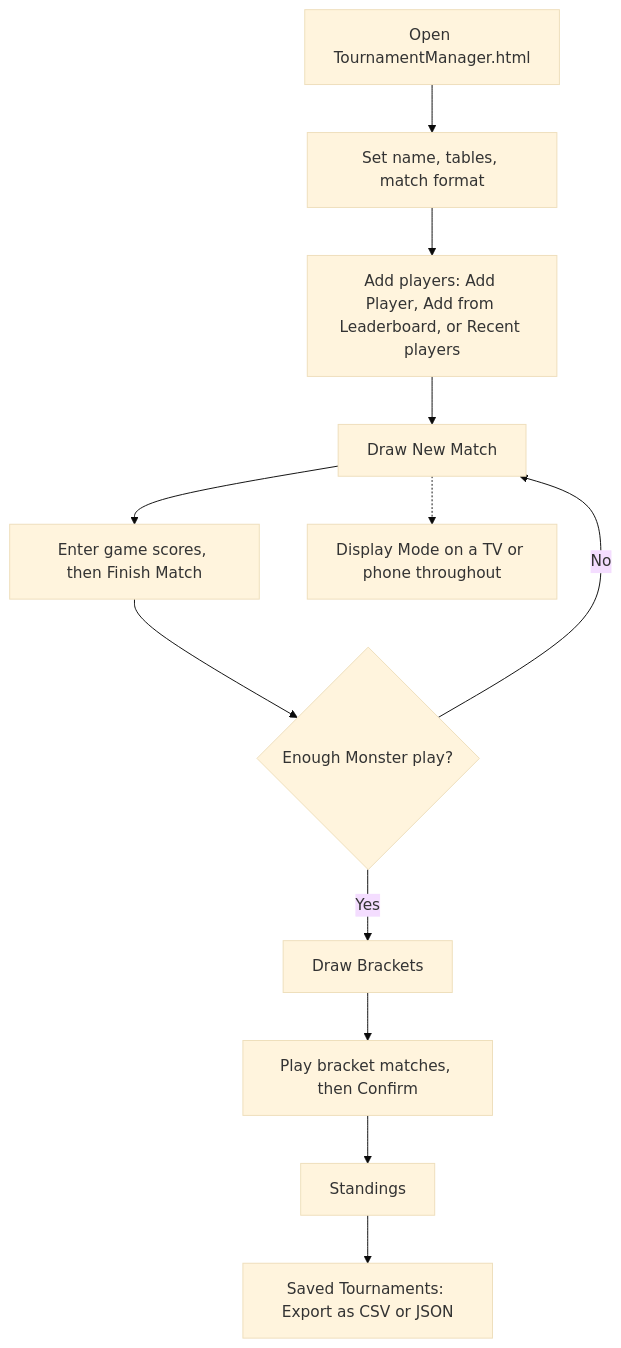
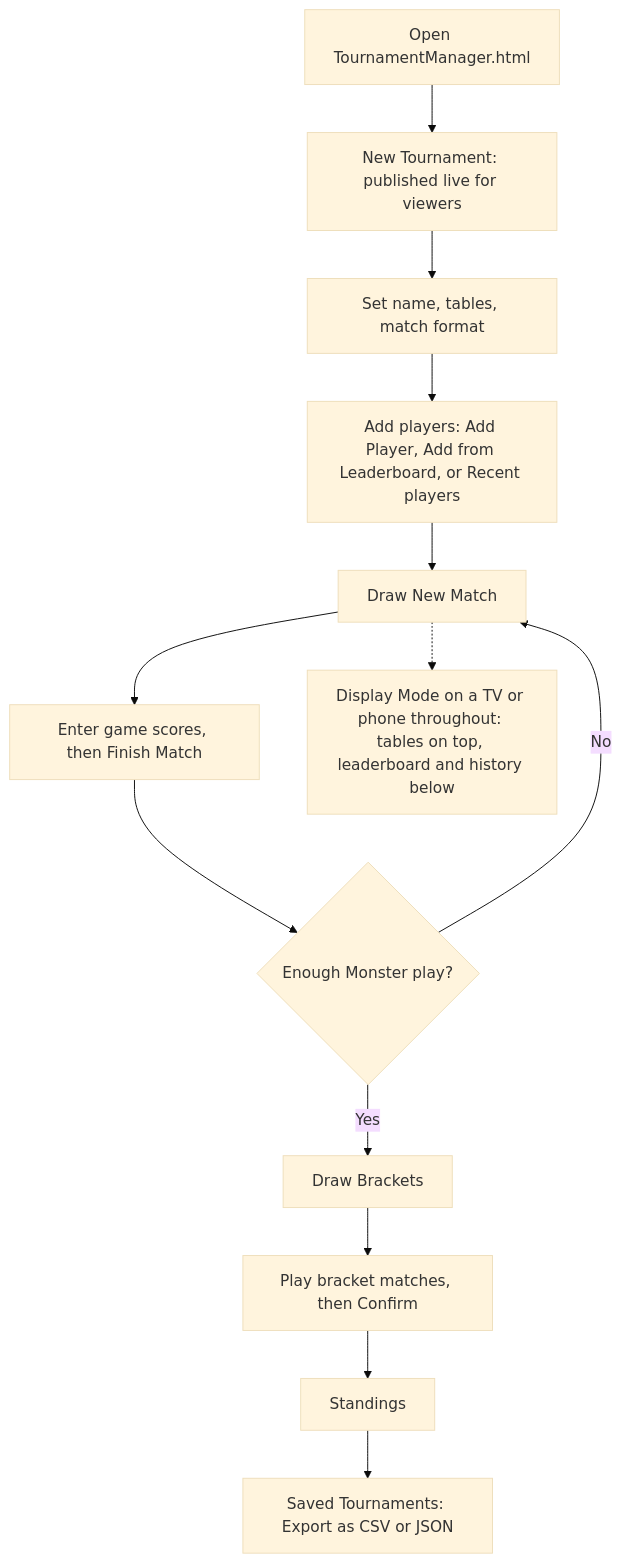
One commit to DT209/foos-tourney changed the second of 7 diagrams in README.md. Above: the diagram before and after it, drawn with Mermaid (base theme). The commit also changed other lines of this file and 2 other files, not shown here.

First line of the commit message:
Docs: bring README, CLAUDE.md, Flow.md and diagrams up to date

````diff
--- a/README.md
+++ b/README.md
@@ -51,14 +51,15 @@
 ```mermaid
 flowchart TD
-    A["Open TournamentManager.html"] --> B["Set name, tables, match format"]
+    A["Open TournamentManager.html"] --> NT["New Tournament: published live for viewers"]
+    NT --> B["Set name, tables, match format"]
     B --> C["Add players: Add Player, Add from Leaderboard, or Recent players"]
     C --> D["Draw New Match"]
     D --> E["Enter game scores, then Finish Match"]
     E --> F{"Enough Monster play?"}
     F -- No --> D
     F -- Yes --> G["Draw Brackets"]
     G --> H["Play bracket matches, then Confirm"]
     H --> I["Standings"]
     I --> J["Saved Tournaments: Export as CSV or JSON"]
-    D -.-> TV["Display Mode on a TV or phone throughout"]
+    D -.-> TV["Display Mode on a TV or phone throughout: tables on top, leaderboard and history below"]
 ```
````
